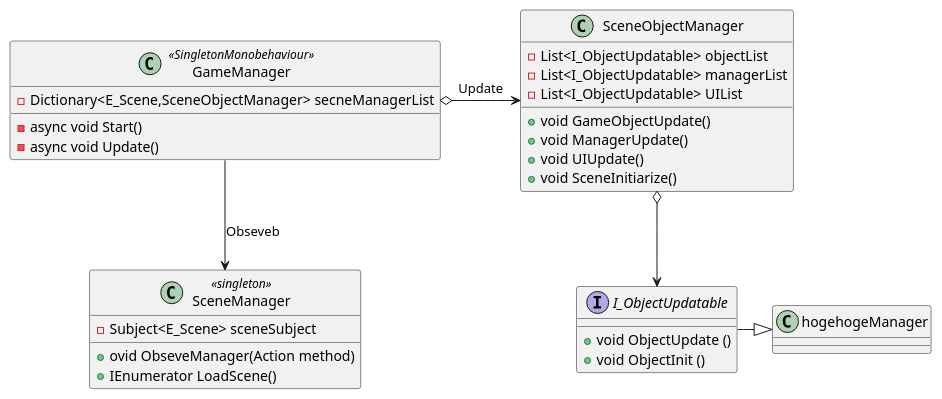
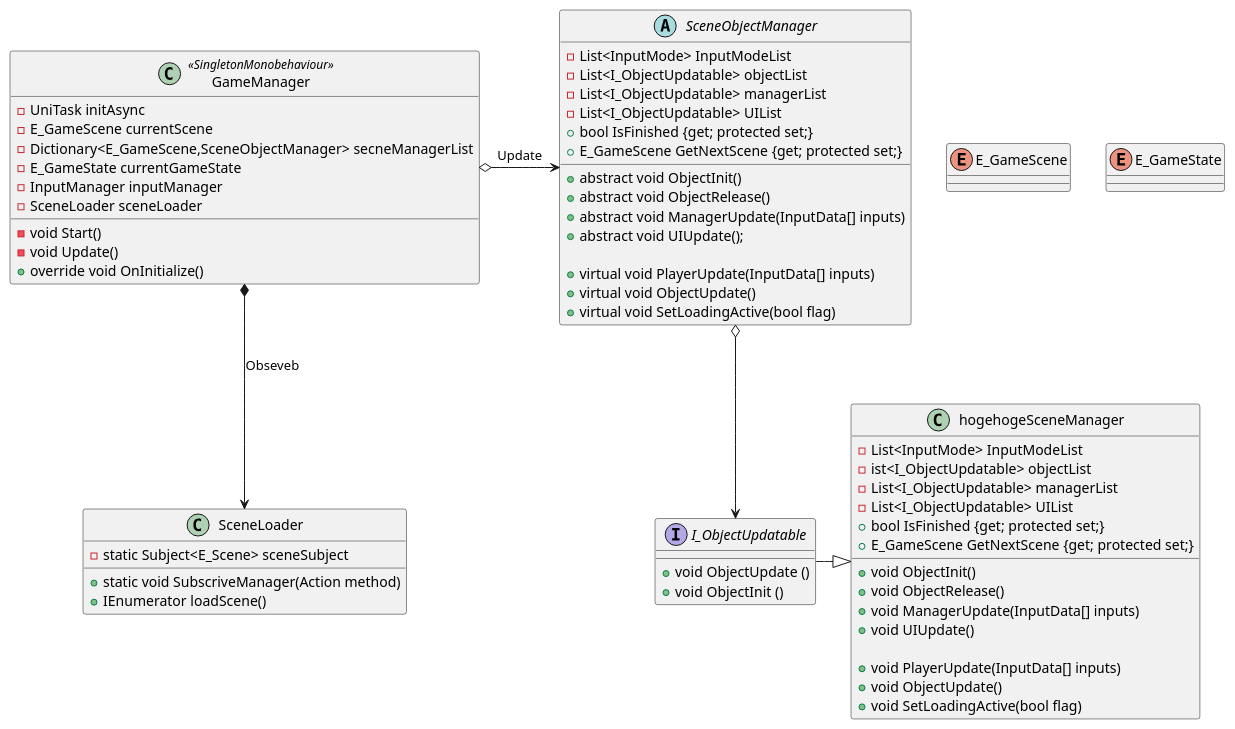
One commit to tezumozu/Unity_tests changed the diagram in Assets/Uml/Zunda/Class/GameManager.pu. Above: the diagram before and after it, drawn with PlantUML. The commit also changed 14 other files, not shown here.

Commit message:
update new GameManager implementation

```diff
--- a/Assets/Uml/Zunda/Class/GameManager.pu
+++ b/Assets/Uml/Zunda/Class/GameManager.pu
@@ -1,40 +1,78 @@
 @startuml ゲーマネージャ
 class GameManager <<SingletonMonobehaviour>>{
-    - Dictionary<E_Scene,SceneObjectManager> secneManagerList
-    - async void Start()
-    - async void Update()
+    - UniTask initAsync
+    - E_GameScene currentScene
+    - Dictionary<E_GameScene,SceneObjectManager> secneManagerList
+    - E_GameState currentGameState
+    - InputManager inputManager
+    - SceneLoader sceneLoader
+
+    - void Start()
+    - void Update()
+    + override void OnInitialize()
+
 }
 
-class SceneObjectManager{
+abstract class SceneObjectManager{
+    - List<InputMode> InputModeList
     -List<I_ObjectUpdatable> objectList
     -List<I_ObjectUpdatable> managerList
     -List<I_ObjectUpdatable> UIList
+    + bool IsFinished {get; protected set;}
+    + E_GameScene GetNextScene {get; protected set;}
 
-    + void GameObjectUpdate()
-    + void ManagerUpdate()
-    + void UIUpdate()
-    + void SceneInitiarize()
+    + abstract void ObjectInit()
+    + abstract void ObjectRelease()
+    + abstract void ManagerUpdate(InputData[] inputs)
+    + abstract void UIUpdate();
+
+    + virtual void PlayerUpdate(InputData[] inputs)
+    + virtual void ObjectUpdate()
+    + virtual void SetLoadingActive(bool flag)
 }
 
-class hogehogeManager{
+class hogehogeSceneManager{
+    - List<InputMode> InputModeList
+    - ist<I_ObjectUpdatable> objectList
+    - List<I_ObjectUpdatable> managerList
+    - List<I_ObjectUpdatable> UIList
+    + bool IsFinished {get; protected set;}
+    + E_GameScene GetNextScene {get; protected set;}
+
+    + void ObjectInit()
+    + void ObjectRelease()
+    + void ManagerUpdate(InputData[] inputs)
+    + void UIUpdate()
+
+    + void PlayerUpdate(InputData[] inputs)
+    + void ObjectUpdate()
+    + void SetLoadingActive(bool flag)
 
 }
 
 interface I_ObjectUpdatable {
     + void ObjectUpdate ()
     + void ObjectInit ()
 }
 
-class SceneManager <<singleton>>{
-    - Subject<E_Scene> sceneSubject
+class SceneLoader{
+    - static Subject<E_Scene> sceneSubject
 
-    + ovid ObseveManager(Action method)
-    + IEnumerator LoadScene()
+    + static void SubscriveManager(Action method)
+    + IEnumerator loadScene()
+}
+
+enum E_GameScene{
+
+}
+
+enum E_GameState{
+
 }
 
 
-GameManager --> SceneManager : Obseveb
+GameManager *--> SceneLoader : Obseveb
 GameManager o-right-> SceneObjectManager : Update
 SceneObjectManager o--> I_ObjectUpdatable
-hogehogeManager <|-left- I_ObjectUpdatable
+hogehogeSceneManager <|-left- I_ObjectUpdatable
 @enduml
```
